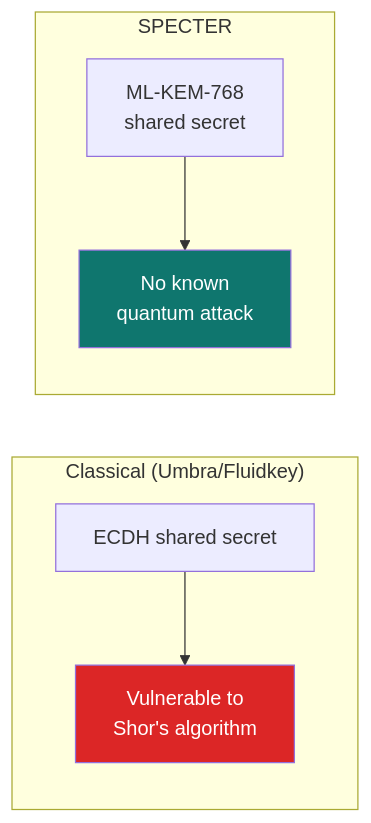
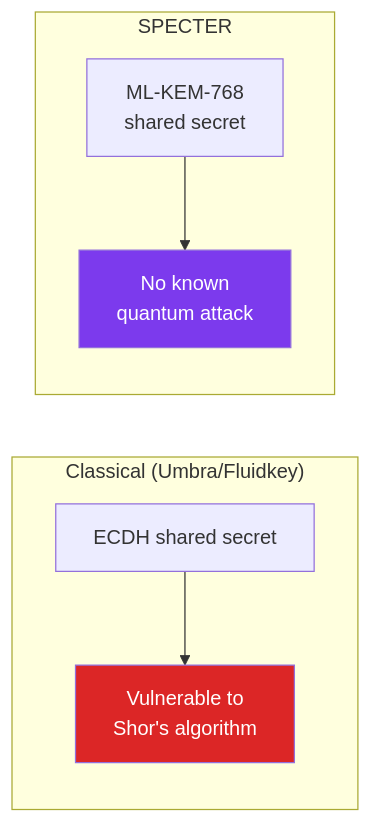
Before and after one commit to specter-privacy/docs: the diagram in docs/why-specter/specter-vs-others.mdx, drawn with Mermaid. The commit also changed other lines of this file and 81 other files, not shown here.

````diff
--- a/docs/why-specter/specter-vs-others.mdx
+++ b/docs/why-specter/specter-vs-others.mdx
@@ -37,12 +37,12 @@
 ```mermaid
 flowchart LR
     subgraph Classical["Classical (Umbra/Fluidkey)"]
         A1["ECDH shared secret"] --> B1["Vulnerable to\nShor's algorithm"]
     end
     subgraph SPECTER["SPECTER"]
         A2["ML-KEM-768\nshared secret"] --> B2["No known\nquantum attack"]
     end
 
     style B1 fill:#dc2626,color:#fff
-    style B2 fill:#0F766E,color:#fff
+    style B2 fill:#7c3aed,color:#fff
 ```
````
